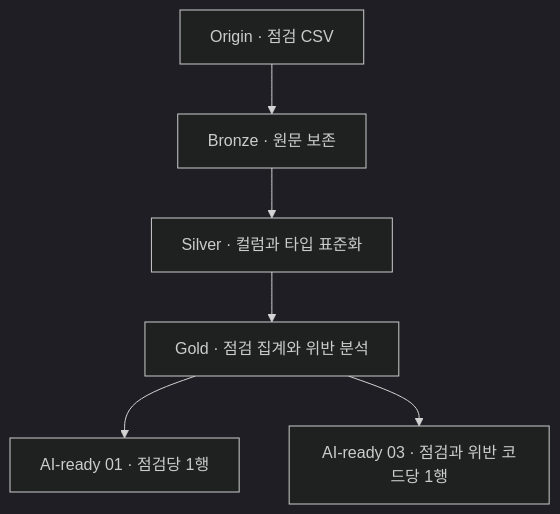
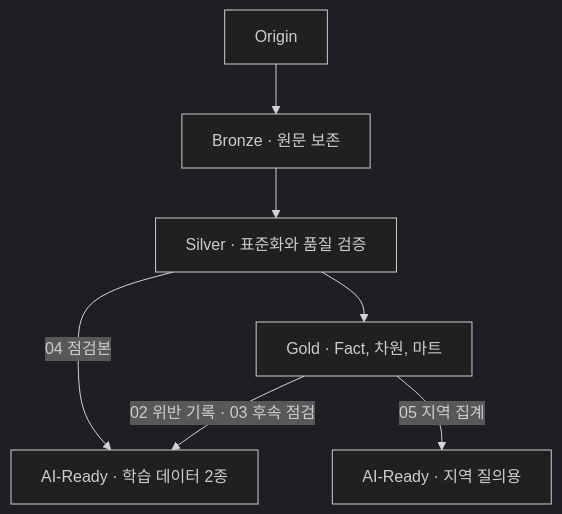
Before and after one commit to encore-ai-campus/mlo-03-p2-team2: the diagram in README.md, drawn with Mermaid (dark theme). The commit also changed other lines of this file and 1 other file, not shown here.

````diff
--- a/README.md
+++ b/README.md
@@ -155,8 +150,9 @@
 ```mermaid
 flowchart TD
-    O["Origin · 점검 CSV"] --> B["Bronze · 원문 보존"]
-    B --> S["Silver · 컬럼과 타입 표준화"]
-    S --> G["Gold · 점검 집계와 위반 분석"]
-    G --> A["AI-ready 01 · 점검당 1행"]
-    G --> R["AI-ready 03 · 점검과 위반 코드당 1행"]
+    O["Origin"] --> B["Bronze · 원문 보존"]
+    B --> S["Silver · 표준화와 품질 검증"]
+    S --> G["Gold · Fact, 차원, 마트"]
+    S -->|04 점검본| A["AI-Ready · 학습 데이터 2종"]
+    G -->|02 위반 기록 · 03 후속 점검| A
+    G -->|05 지역 집계| Q["AI-Ready · 지역 질의용"]
 ```
````
